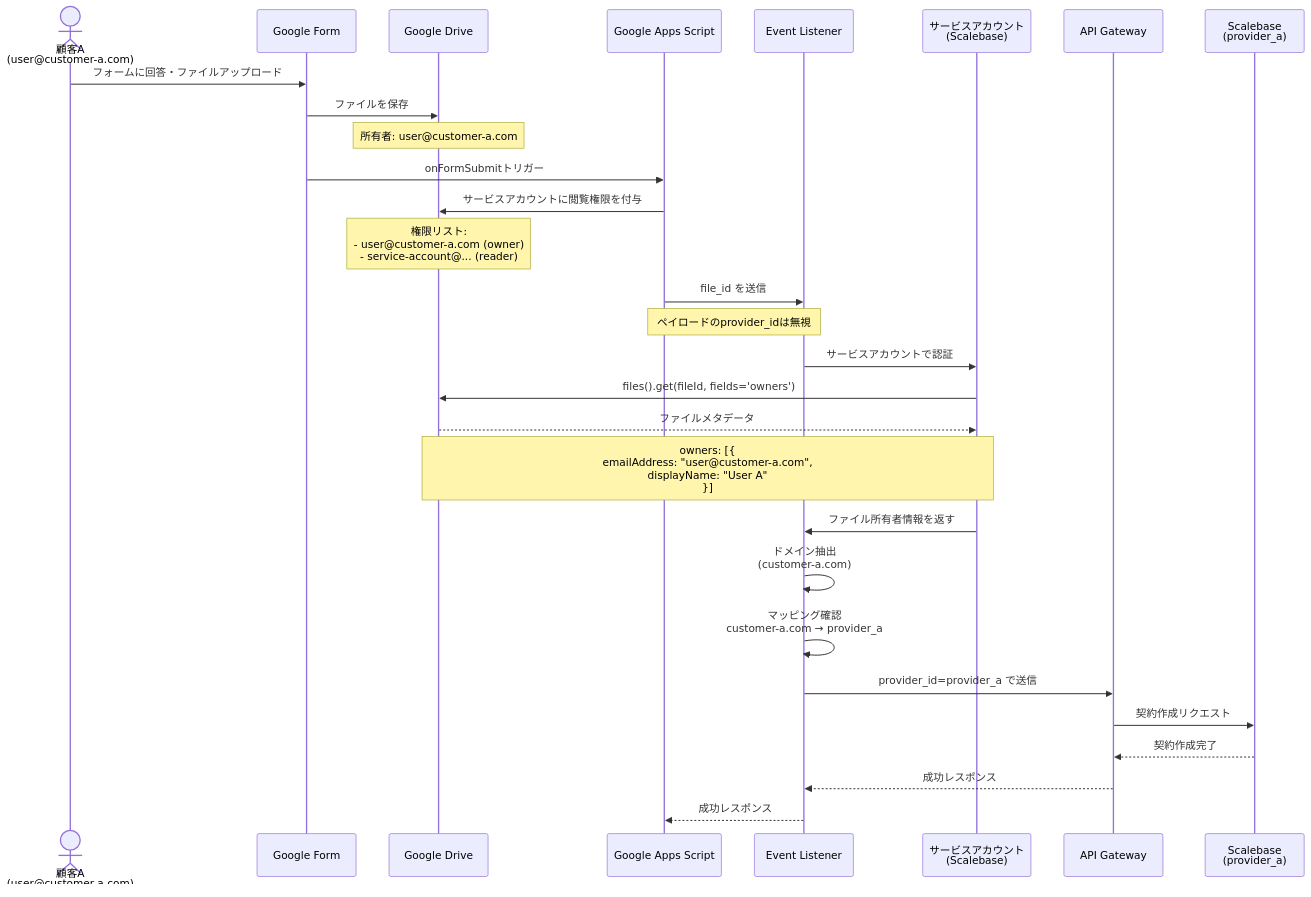
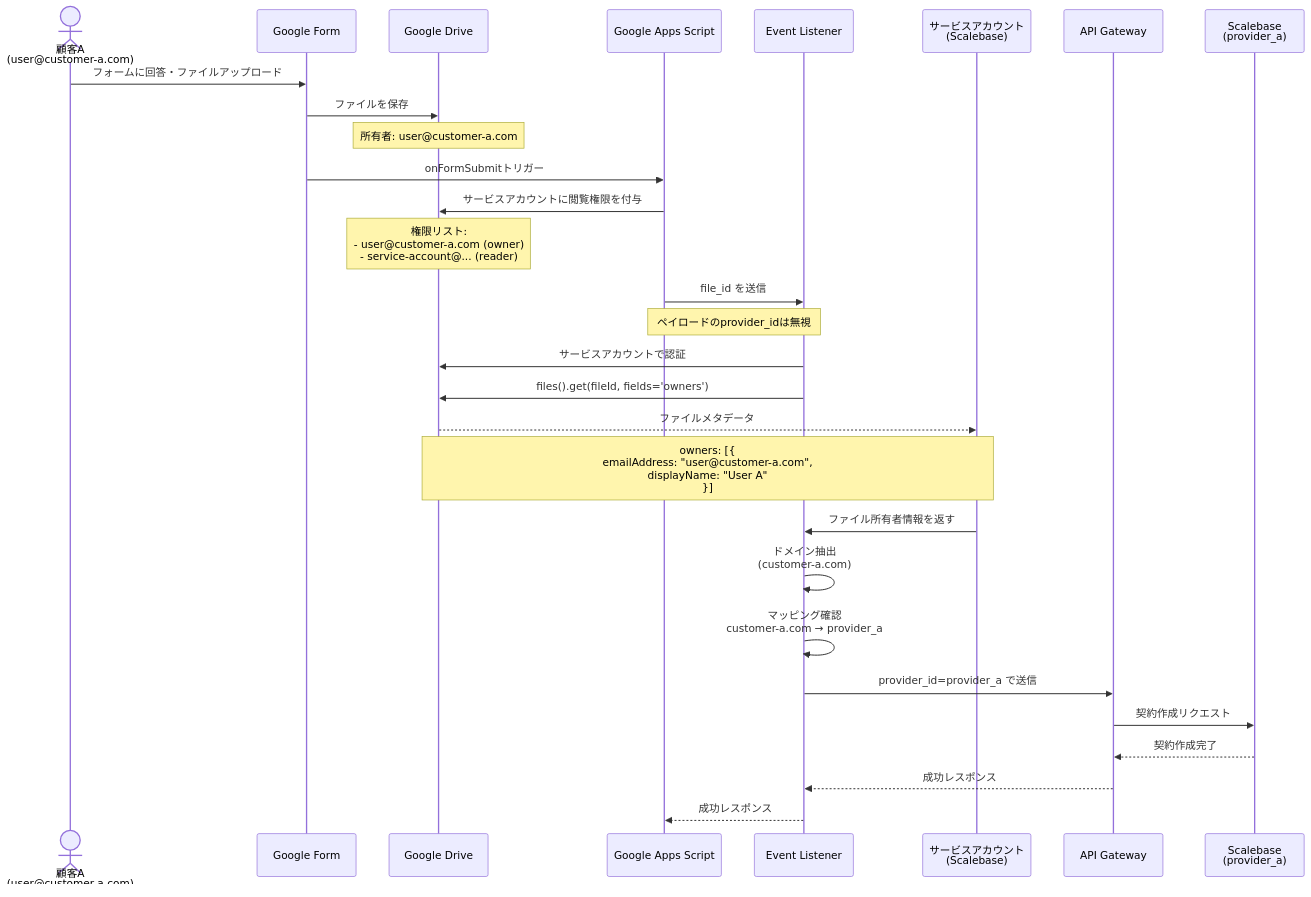
The second of 5 diagrams in README.md (KobeanH/git_tutorial), drawn with Mermaid before and after one commit.

````diff
--- a/README.md
+++ b/README.md
@@ -51,38 +51,38 @@
 ```mermaid
 sequenceDiagram
     actor User as 顧客A<br/>(user@customer-a.com)
     participant Form as Google Form
     participant Drive as Google Drive
     participant GAS as Google Apps Script
     participant EL as Event Listener
     participant SA as サービスアカウント<br/>(Scalebase)
     participant API as API Gateway
     participant SB as Scalebase<br/>(provider_a)
 
     User->>Form: フォームに回答・ファイルアップロード
     Form->>Drive: ファイルを保存
     Note over Drive: 所有者: user@customer-a.com
 
     Form->>GAS: onFormSubmitトリガー
     GAS->>Drive: サービスアカウントに閲覧権限を付与
     Note over Drive: 権限リスト:<br/>- user@customer-a.com (owner)<br/>- service-account@... (reader)
 
     GAS->>EL: file_id を送信
     Note over GAS,EL: ペイロードのprovider_idは無視
 
-    EL->>SA: サービスアカウントで認証
-    SA->>Drive: files().get(fileId, fields='owners')
+    EL->>Drive: サービスアカウントで認証
+    EL->>Drive: files().get(fileId, fields='owners')
     Drive-->>SA: ファイルメタデータ
     Note over Drive,SA: owners: [{<br/>  emailAddress: "user@customer-a.com",<br/>  displayName: "User A"<br/>}]
 
     SA->>EL: ファイル所有者情報を返す
 
     EL->>EL: ドメイン抽出<br/>(customer-a.com)
     EL->>EL: マッピング確認<br/>customer-a.com → provider_a
 
     EL->>API: provider_id=provider_a で送信
     API->>SB: 契約作成リクエスト
     SB-->>API: 契約作成完了
     API-->>EL: 成功レスポンス
     EL-->>GAS: 成功レスポンス
 ```
````
